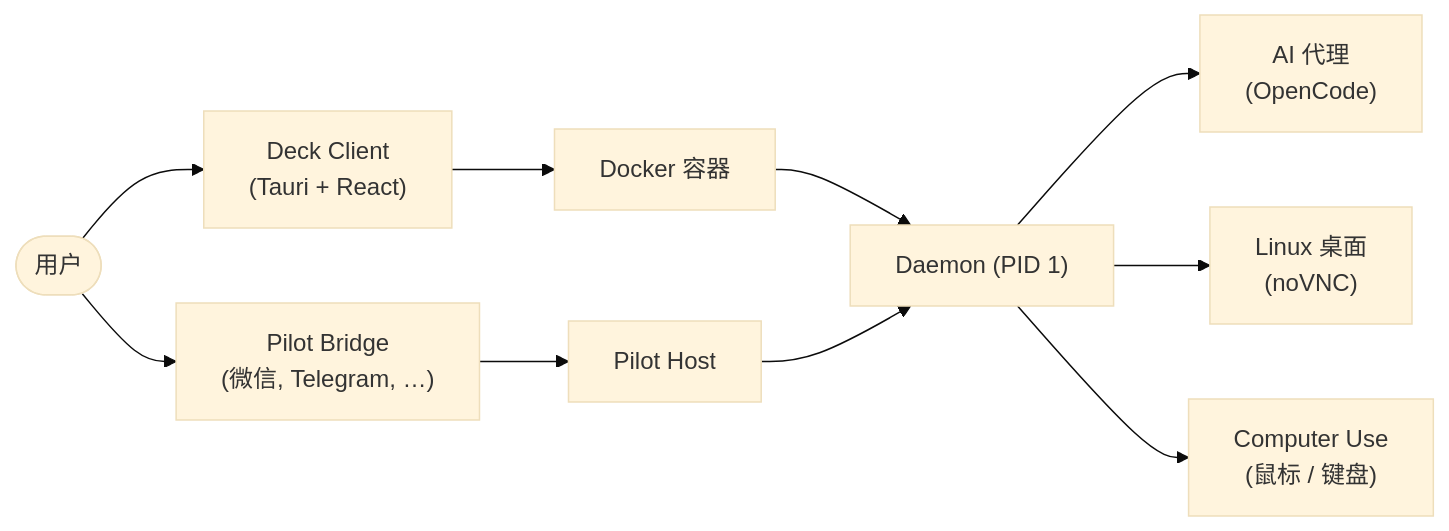
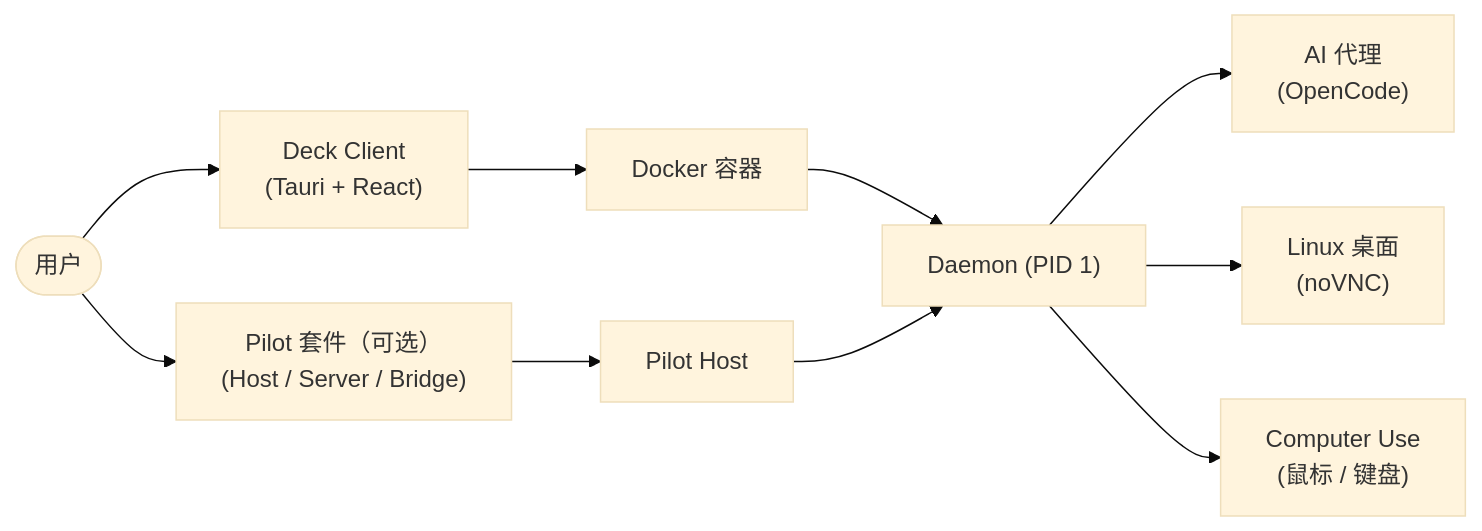
One commit to cofy-x/deck changed the diagram in README.zh-CN.md. Above: the diagram before and after it, drawn with Mermaid (base theme). The commit also changed other lines of this file and 21 other files, not shown here.

````diff
--- a/README.zh-CN.md
+++ b/README.zh-CN.md
@@ -112,13 +126,13 @@
 ```mermaid
 graph LR
   User([用户]) --> Client["Deck Client<br/>(Tauri + React)"]
   Client --> Docker["Docker 容器"]
   Docker --> Daemon["Daemon (PID 1)"]
   Daemon --> AI["AI 代理<br/>(OpenCode)"]
   Daemon --> Desktop["Linux 桌面<br/>(noVNC)"]
   Daemon --> ComputerUse["Computer Use<br/>(鼠标 / 键盘)"]
 
-  User --> PilotBridge["Pilot Bridge<br/>(微信, Telegram, …)"]
-  PilotBridge --> PilotHost["Pilot Host"]
+  User --> PilotSuite["Pilot 套件（可选）<br/>(Host / Server / Bridge)"]
+  PilotSuite --> PilotHost["Pilot Host"]
   PilotHost --> Daemon
 ```
````
